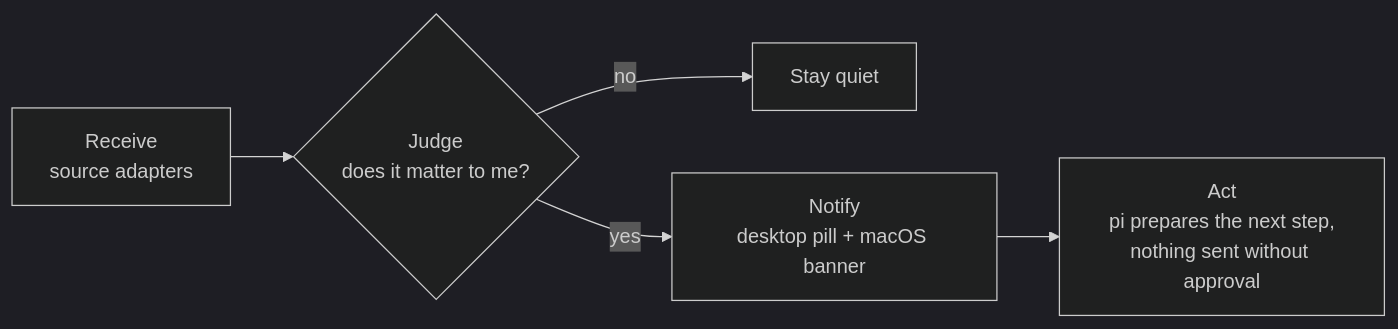
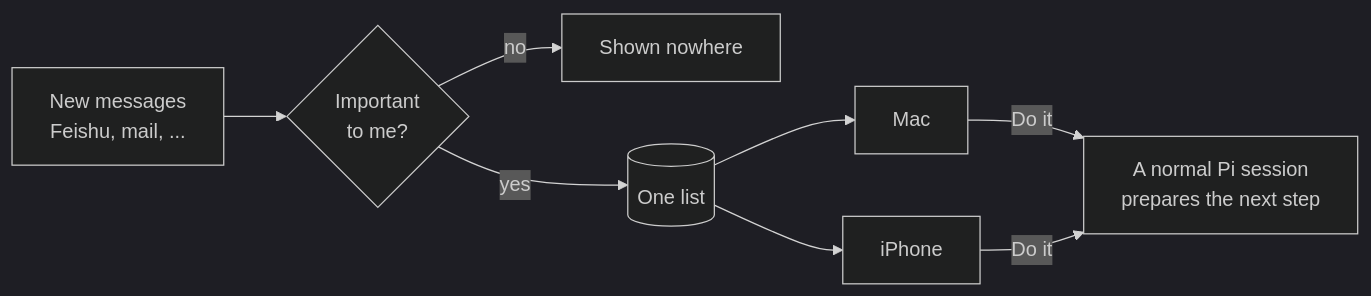
Before and after one commit to MisterBrookT/pi-x: the first of 3 diagrams in docs/proactive.md, drawn with Mermaid (dark theme). The commit also changed other lines of this file and 1 other file, not shown here.

Commit message:
docs: proactive architecture with diagrams

````diff
--- a/docs/proactive.md
+++ b/docs/proactive.md
@@ -5,7 +7,10 @@
 ```mermaid
 flowchart LR
-  R[Receive<br/>source adapters] --> J{Judge<br/>does it matter to me?}
-  J -- no --> Q[Stay quiet]
-  J -- yes --> N[Notify<br/>desktop pill + macOS banner]
-  N --> A[Act<br/>pi prepares the next step,<br/>nothing sent without approval]
+  S[New messages<br/>Feishu, mail, ...] --> J{Important<br/>to me?}
+  J -- no --> X[Shown nowhere]
+  J -- yes --> L[(One list)]
+  L --> M[Mac]
+  L --> P[iPhone]
+  M -- Do it --> W[A normal Pi session<br/>prepares the next step]
+  P -- Do it --> W
 ```
````
